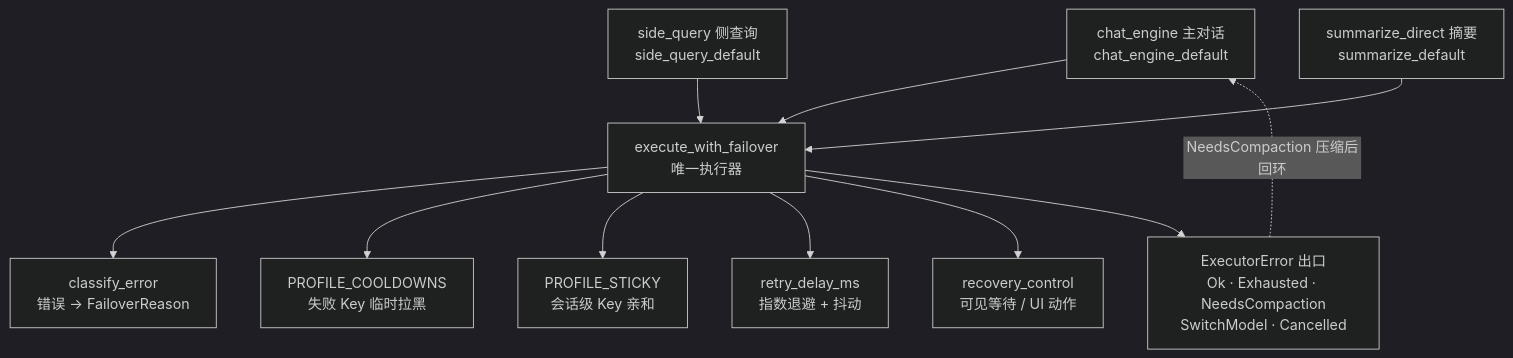
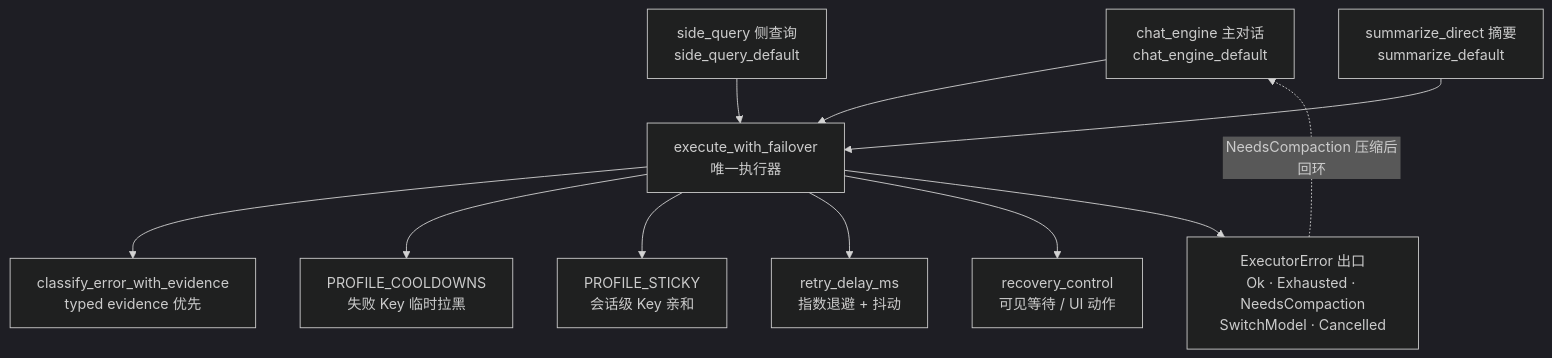
Before and after one commit to gabrielmoreira/agent-skills-mirror: the first of 3 diagrams in mirrors/repos/shiwenwen@hope-agent/docs/architecture/agent/failover.md, drawn with Mermaid (dark theme). The commit also changed other lines of this file and 1493 other files, not shown here.

````diff
--- a/mirrors/repos/shiwenwen@hope-agent/docs/architecture/agent/failover.md
+++ b/mirrors/repos/shiwenwen@hope-agent/docs/architecture/agent/failover.md
@@ -21,21 +21,21 @@
 ```mermaid
 flowchart TB
     CE["chat_engine 主对话<br/>chat_engine_default"]
     SQ["side_query 侧查询<br/>side_query_default"]
     SM["summarize_direct 摘要<br/>summarize_default"]
 
     CE --> EX
     SQ --> EX
     SM --> EX
 
     EX["execute_with_failover<br/>唯一执行器"]
 
-    EX --> CL["classify_error<br/>错误 → FailoverReason"]
+    EX --> CL["classify_error_with_evidence<br/>typed evidence 优先"]
     EX --> CD["PROFILE_COOLDOWNS<br/>失败 Key 临时拉黑"]
     EX --> ST["PROFILE_STICKY<br/>会话级 Key 亲和"]
     EX --> BO["retry_delay_ms<br/>指数退避 + 抖动"]
     EX --> RC["recovery_control<br/>可见等待 / UI 动作"]
 
     EX --> OUT["ExecutorError 出口<br/>Ok · Exhausted · NeedsCompaction<br/>SwitchModel · Cancelled"]
     OUT -. "NeedsCompaction 压缩后回环" .-> CE
 ```
````
